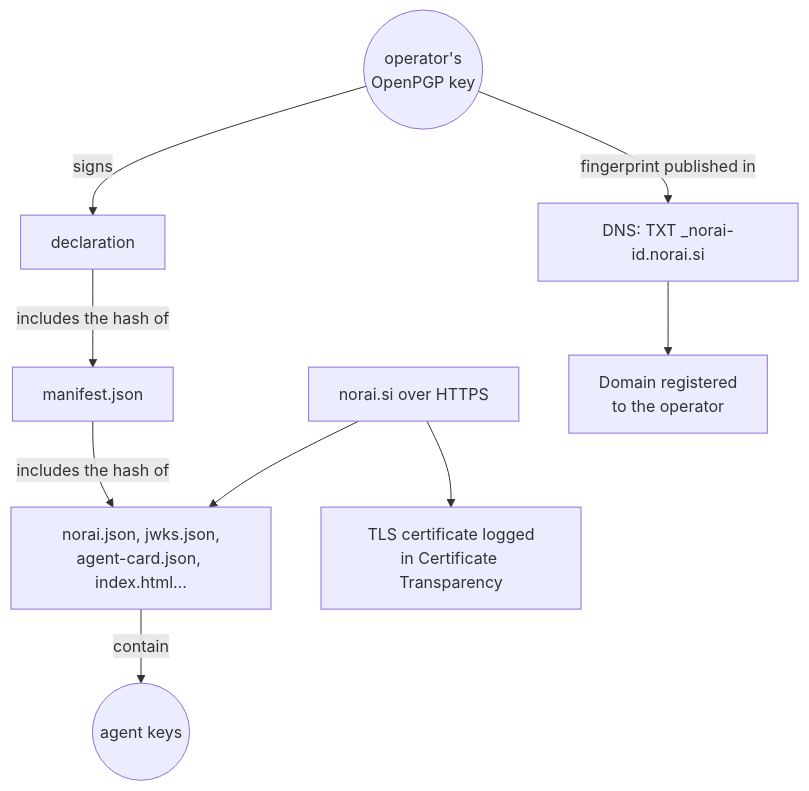
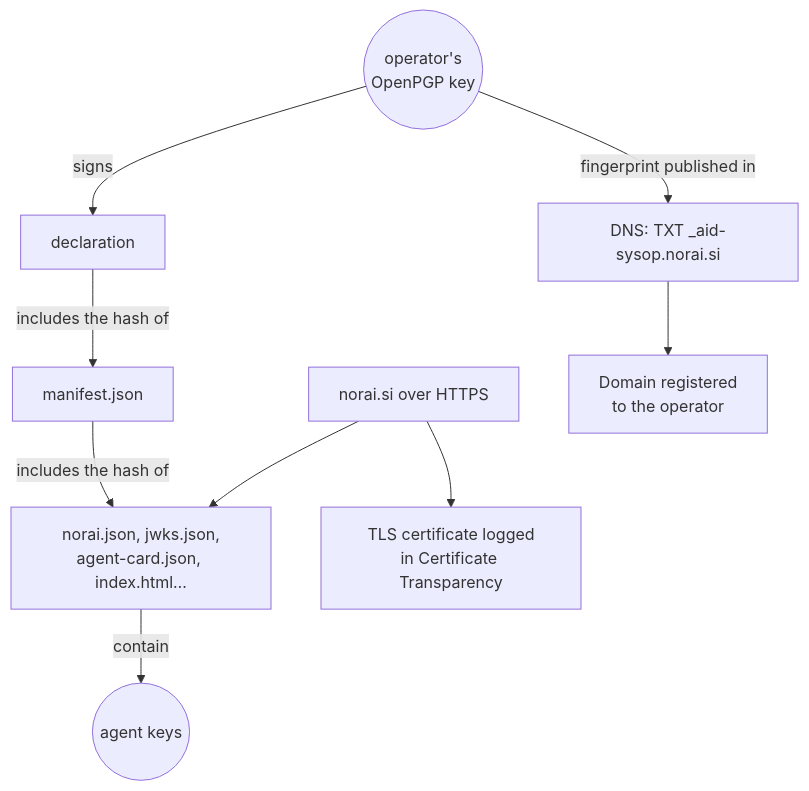
Before and after one commit to ea1het/norai_si: the second of 2 diagrams in docs/how-it-works.en.md, drawn with Mermaid. The commit also changed other lines of this file and 32 other files, not shown here.

````diff
--- a/docs/how-it-works.en.md
+++ b/docs/how-it-works.en.md
@@ -196,12 +206,12 @@
 ```mermaid
 flowchart TB
     op((operator's<br/>OpenPGP key))
-    op -->|fingerprint published in| dns[DNS: TXT _norai-id.norai.si]
+    op -->|fingerprint published in| dns[DNS: TXT _aid-sysop.norai.si]
     op -->|signs| decl[declaration]
     decl -->|includes the hash of| man[manifest.json]
     man -->|includes the hash of| files[norai.json, jwks.json,<br/>agent-card.json, index.html…]
     files -->|contain| kid((agent keys))
     web[norai.si over HTTPS] --> files
     dns --> reg[Domain registered<br/>to the operator]
     web --> tls[TLS certificate logged<br/>in Certificate Transparency]
 ```
````
